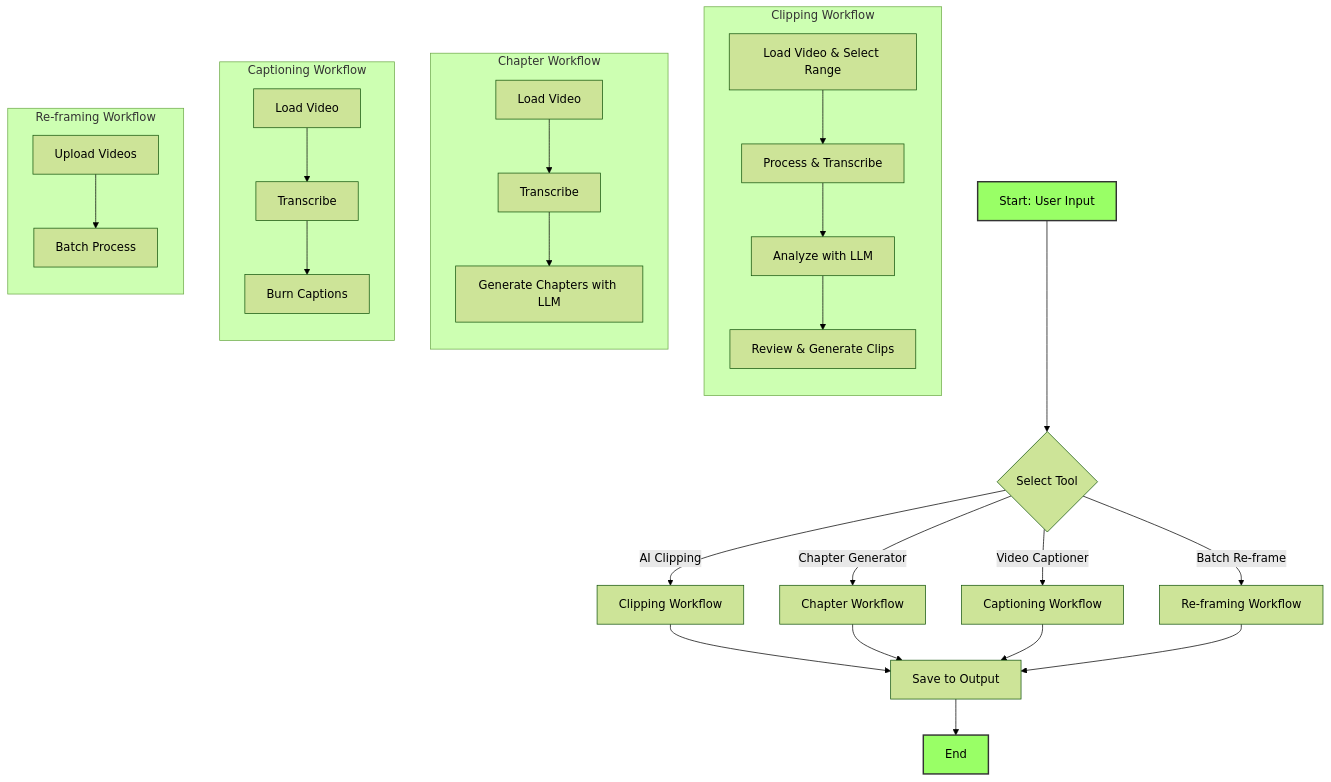
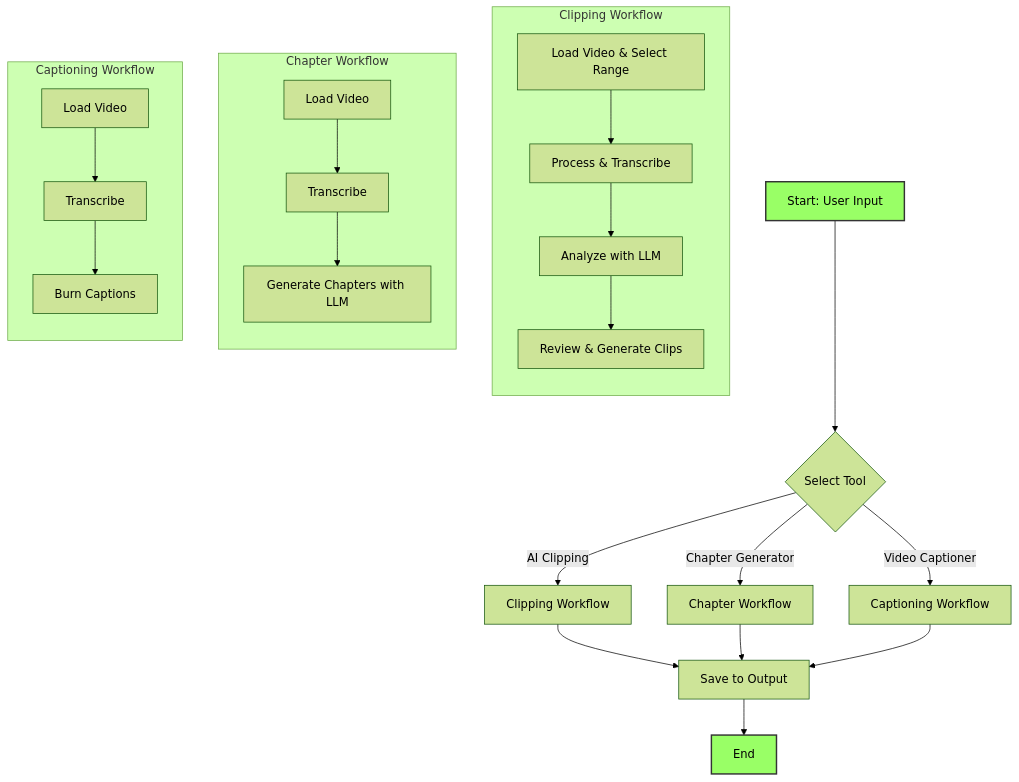
One commit to fralapo/clipmaster changed the diagram in README.md. Above: the diagram before and after it, drawn with Mermaid (forest theme). The commit also changed other lines of this file, not shown here.

````diff
--- a/README.md
+++ b/README.md
@@ -21,41 +20,34 @@
 ```mermaid
 graph TD
     A[Start: User Input] --> B{Select Tool};
     B --> |AI Clipping| C[Clipping Workflow];
     B --> |Chapter Generator| D[Chapter Workflow];
     B --> |Video Captioner| E[Captioning Workflow];
-    B --> |Batch Re-frame| F[Re-framing Workflow];
 
     subgraph Clipping Workflow
         direction TB
         C1[Load Video & Select Range] --> C2[Process & Transcribe];
         C2 --> C3[Analyze with LLM];
         C3 --> C4[Review & Generate Clips];
     end
 
     subgraph Chapter Workflow
         direction TB
         D1[Load Video] --> D2[Transcribe];
         D2 --> D3[Generate Chapters with LLM];
     end
     
     subgraph Captioning Workflow
         direction TB
         E1[Load Video] --> E2[Transcribe];
         E2 --> E3[Burn Captions];
     end
 
-    subgraph Re-framing Workflow
-        direction TB
-        F1[Upload Videos] --> F2[Batch Process];
-    end
-
     C --> G[Save to Output];
     D --> G;
     E --> G;
-    F --> G;
     G --> H[End];
 
     style A fill:#9f6,stroke:#333,stroke-width:2px
     style H fill:#9f6,stroke:#333,stroke-width:2px
 ```
````
